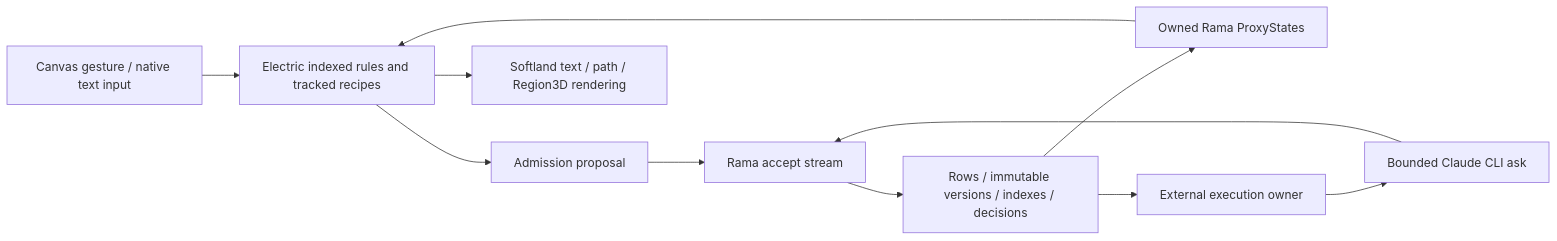
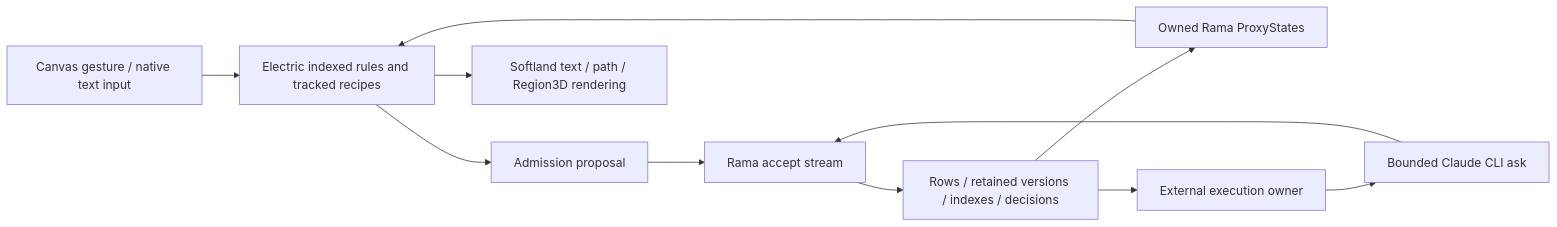
The diagram in docs/build-softland-in-softland/HANDOFF.md (sid597/Softland), drawn with Mermaid before and after one commit. The commit also changed other lines of this file and 35 other files, not shown here.

````diff
--- a/docs/build-softland-in-softland/HANDOFF.md
+++ b/docs/build-softland-in-softland/HANDOFF.md
@@ -62,13 +67,13 @@
 ```mermaid
 flowchart LR
   Input[Canvas gesture / native text input] --> Electric[Electric indexed rules and tracked recipes]
   Electric --> Proposal[Admission proposal]
   Proposal --> Rama[Rama accept stream]
-  Rama --> Material[Rows / immutable versions / indexes / decisions]
+  Rama --> Material[Rows / retained versions / indexes / decisions]
   Material --> Proxies[Owned Rama ProxyStates]
   Proxies --> Electric
   Electric --> Render[Softland text / path / Region3D rendering]
   Material --> Owner[External execution owner]
   Owner --> Claude[Bounded Claude CLI ask]
   Claude --> Rama
 ```
````
